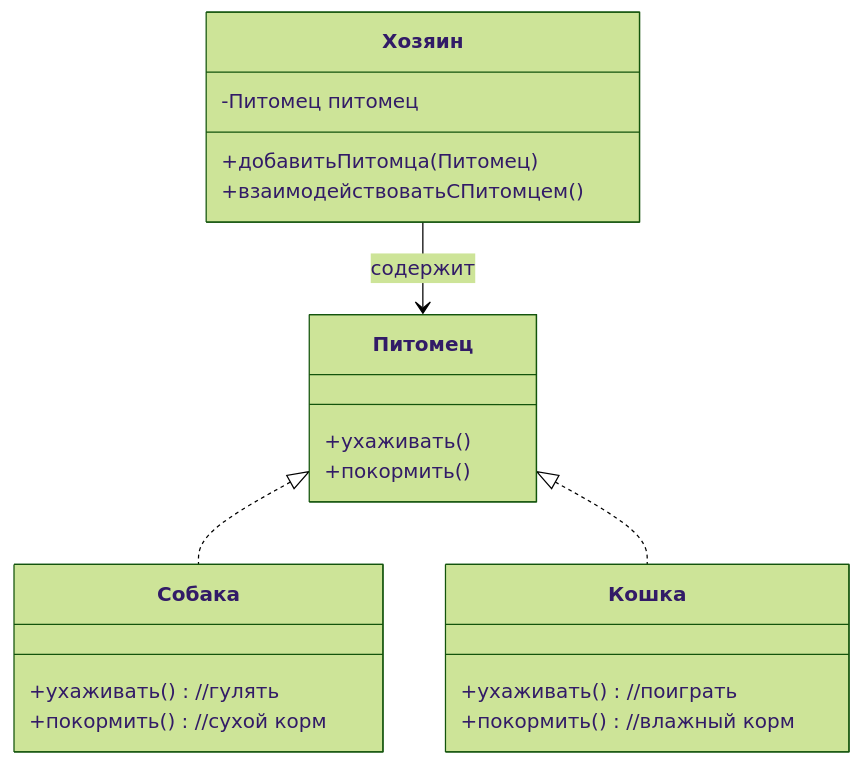
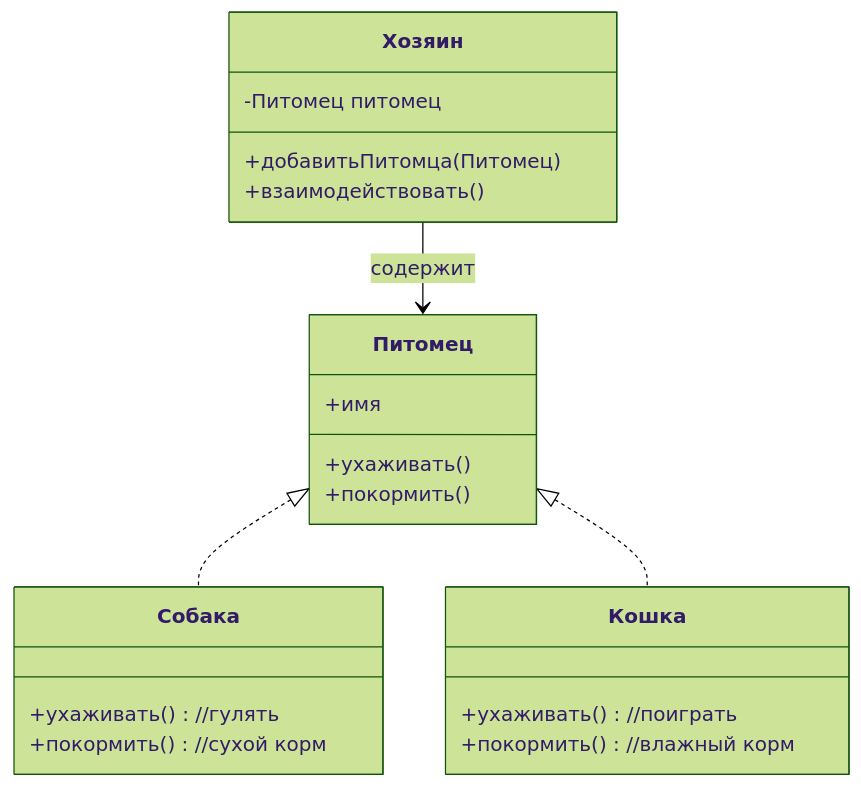
Before and after one commit to Metaf-x/03.04-General-OOP: the second of 8 diagrams in README.md, drawn with Mermaid (forest theme). The commit also changed other lines of this file, not shown here.

````diff
--- a/README.md
+++ b/README.md
@@ -80,23 +73,24 @@
 ```mermaid
 classDiagram
 	Хозяин --> Питомец : содержит
 	Питомец <|.. Собака
 	Питомец <|.. Кошка
 	class Хозяин {
 		-Питомец питомец
 		+добавитьПитомца(Питомец)
-		+взаимодействоватьСПитомцем()
+		+взаимодействовать()
 	}
 	class Питомец {
+		+имя
 		+ухаживать()
 		+покормить()
 	}
 	class Собака {
 		+ухаживать() //гулять
 		+покормить() //сухой корм
 	}
 	class Кошка {
 		+ухаживать() //поиграть
 		+покормить() //влажный корм
 	}
 ```
````
